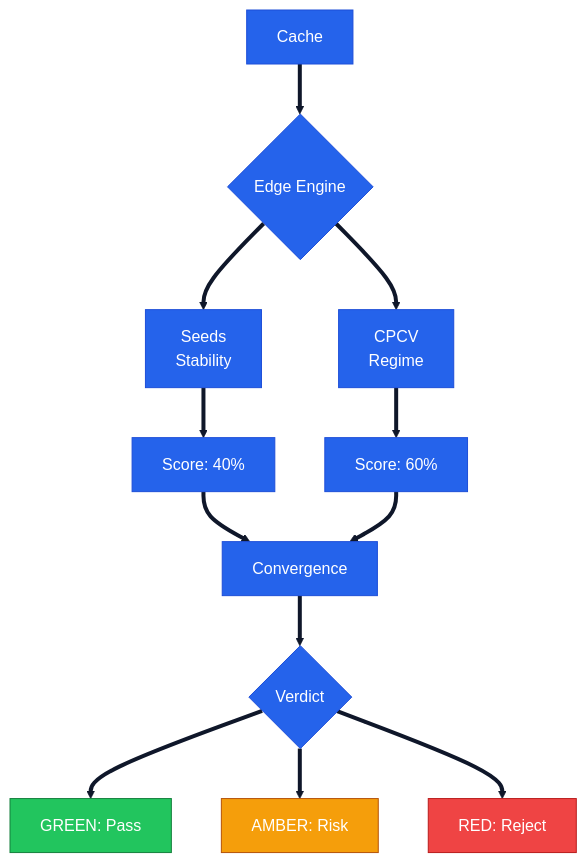
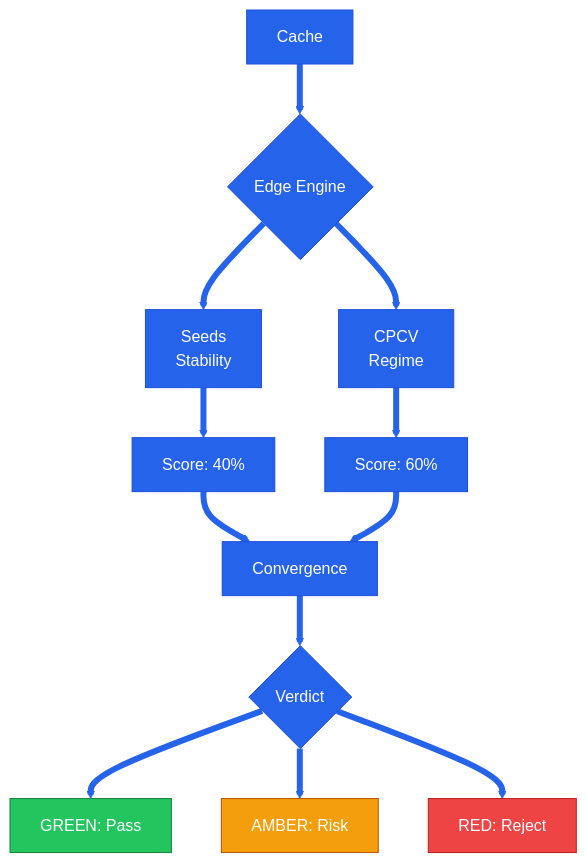
The fourth of 4 diagrams in README.md (Pablo-Molla-Charlez/SecondaryModel), drawn with Mermaid before and after one commit. The commit also changed other lines of this file, not shown here.

````diff
--- a/README.md
+++ b/README.md
@@ -142,21 +142,21 @@
 ```mermaid
 %%{init: {'theme': 'base', 'themeVariables': { 'primaryColor': '#2563eb', 'primaryBorderColor': '#1d4ed8', 'primaryTextColor': '#ffffff', 'secondaryColor': '#f59e0b', 'tertiaryColor': '#dcfce7', 'lineColor': '#0f172a', 'background': '#ffffff'}}}%%
 flowchart TD
     A[Cache] --> B{Edge Engine}
     B --> C[Seeds<br/>Stability]
     B --> D[CPCV<br/>Regime]
     C --> E[Score: 40%]
     D --> F[Score: 60%]
     E & F --> G[Convergence]
     G --> H{Verdict}
     H --> I[GREEN: Pass]
     H --> J[AMBER: Risk]
     H --> K[RED: Reject]
     classDef green fill:#22c55e,stroke:#15803d,color:#ffffff;
     classDef amber fill:#f59e0b,stroke:#b45309,color:#ffffff;
     classDef red fill:#ef4444,stroke:#b91c1c,color:#ffffff;
     class I green;
     class J amber;
     class K red;
-    linkStyle default stroke:#0f172a,stroke-width:4px;
+    linkStyle default stroke:#2563eb,stroke-width:6px;
 ```
````
